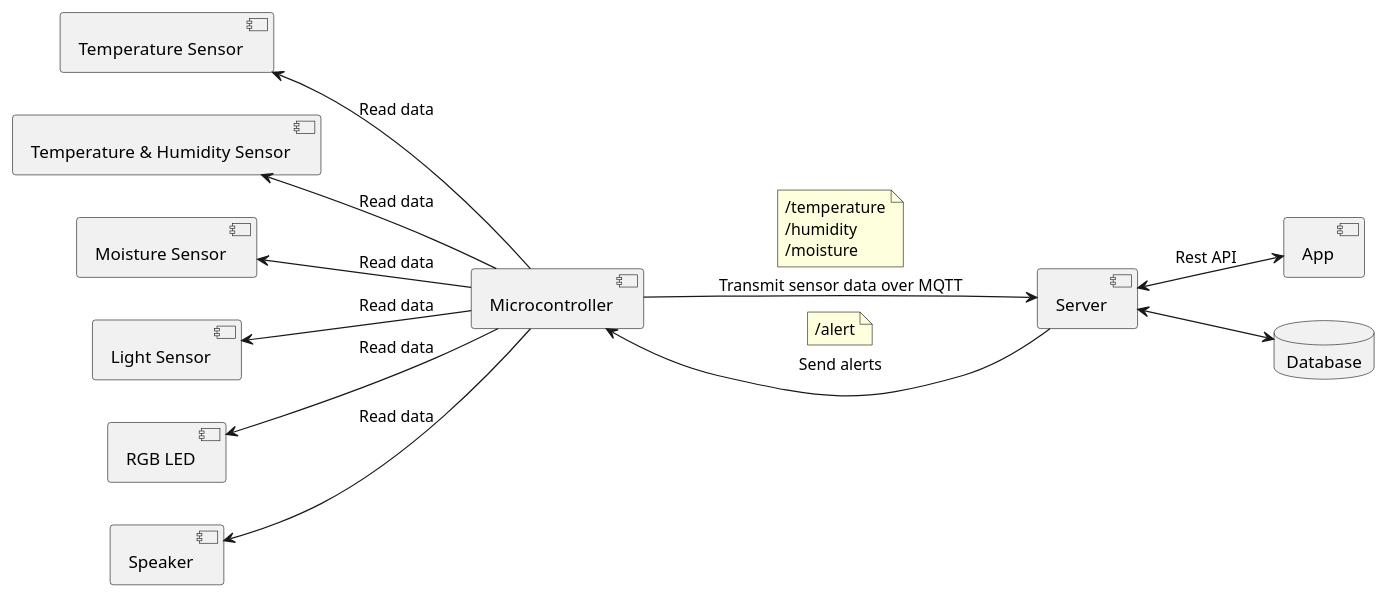
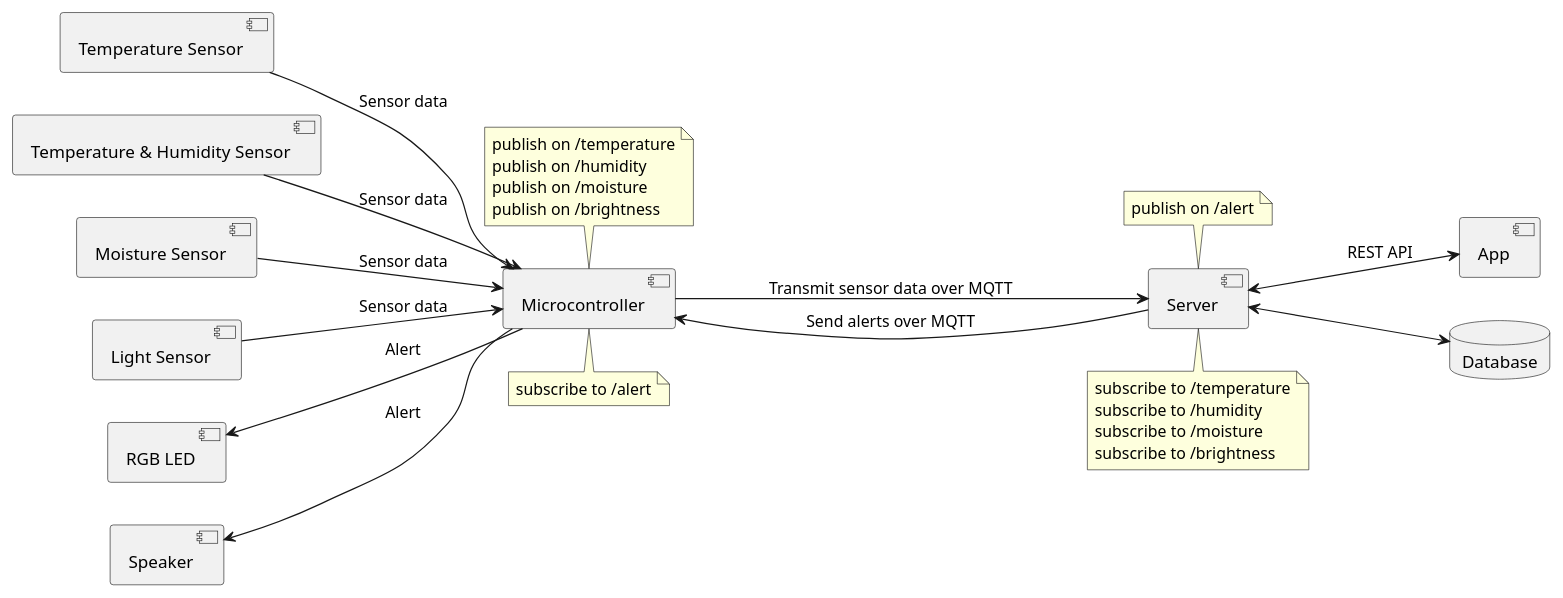
One commit to Adam1927/PlantStein changed the diagram in diagrams/system_design.puml. Above: the diagram before and after it, drawn with PlantUML. The commit also changed 1 other file, not shown here.

Commit message:
Edit system design diagram #3
Small changes to the diagram, changed notes and labels on the arrows

```diff
--- a/diagrams/system_design.puml
+++ b/diagrams/system_design.puml
@@ -1,39 +1,54 @@
 @startuml System Design
 left to right direction
 
 component "Microcontroller"
+note top of Microcontroller
+publish on /temperature
+publish on /humidity
+publish on /moisture
+publish on /brightness
+end note
+
+note bottom of Microcontroller
+subscribe to /alert
+end note
+
 component "Temperature Sensor" as TemperatureSensor
 component "Temperature & Humidity Sensor" as TemperatureHumiditySensor
 component "Moisture Sensor" as MoistureSensor
 component "Light Sensor" as LightSensor
 component "RGB LED" as RGBLED
 component "Speaker" as Speaker
 
 component Server
+
+note top of Server
+publish on /alert
+end note
+
+note bottom of Server
+subscribe to /temperature
+subscribe to /humidity
+subscribe to /moisture
+subscribe to /brightness
+end note
+
 component App
 database Database
 
-TemperatureSensor <-- Microcontroller : Read data
-TemperatureHumiditySensor <-- Microcontroller : Read data
-MoistureSensor  <-- Microcontroller : Read data
-LightSensor <-- Microcontroller : Read data
-RGBLED <-- Microcontroller : Read data
-Speaker <-- Microcontroller : Read data
+TemperatureSensor --> Microcontroller : Sensor data
+TemperatureHumiditySensor --> Microcontroller : Sensor data
+MoistureSensor  --> Microcontroller : Sensor data
+LightSensor --> Microcontroller : Sensor data
+RGBLED <-- Microcontroller : Alert
+Speaker <-- Microcontroller : Alert
 
 Microcontroller --> Server : Transmit sensor data over MQTT
-note top of link
-  /temperature
-  /humidity
-  /moisture
-end note
 
 Server <--> Database
     
-Server <--> App : Rest API
+Server <--> App : REST API
 
-Server ---> Microcontroller : Send alerts
-note top of link
-    /alert
-end note
+Server ---> Microcontroller : Send alerts over MQTT
 
 @enduml
```
